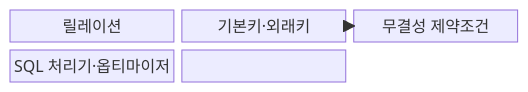
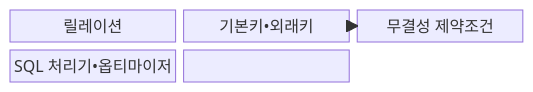
The first of 2 diagrams in src/content/docs/notes/03-software/084_relational_database.md (agnusdei1207/knowledge-base), drawn with Mermaid before and after one commit. The commit also changed other lines of this file and 953 other files, not shown here.

````diff
--- a/src/content/docs/notes/03-software/084_relational_database.md
+++ b/src/content/docs/notes/03-software/084_relational_database.md
@@ -70,10 +70,10 @@
 ```mermaid
 block
   columns 3
   R["릴레이션"]
-  K["기본키·외래키"]
+  K["기본키•외래키"]
   I["무결성 제약조건"]
-  Q["SQL 처리기·옵티마이저"]
+  Q["SQL 처리기•옵티마이저"]
   Q --> I --> R
   K --> I
 ```
````
